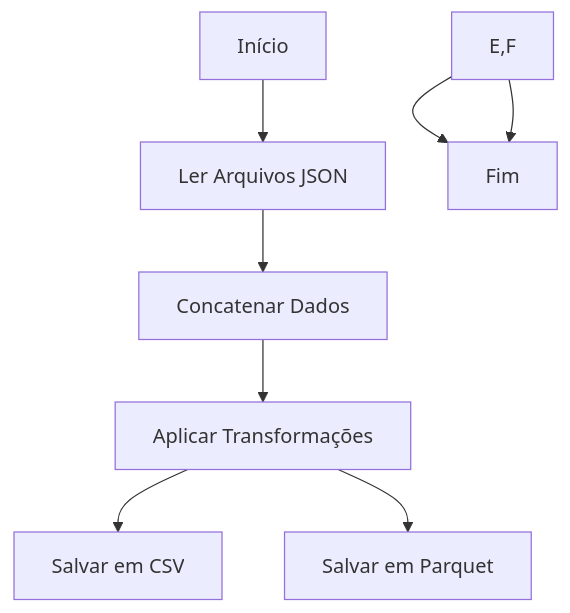
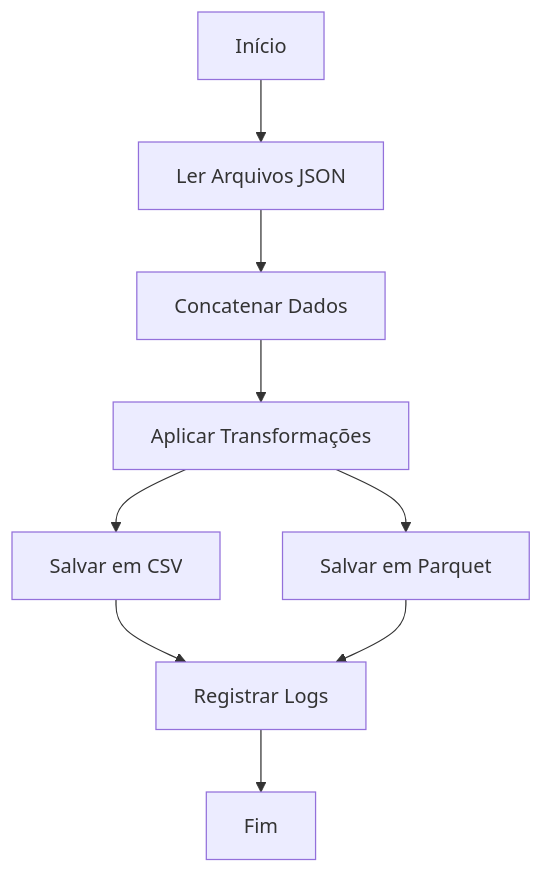
Before and after one commit to BrunoChiconato/bootcamp-python: the diagram in dia08/README.md, drawn with Mermaid.

Commit message:
Update
- Alteração na documentação.

````diff
--- a/dia08/README.md
+++ b/dia08/README.md
@@ -44,10 +44,11 @@
 ```mermaid
 graph TD;
     A[Início] --> B[Ler Arquivos JSON];
     B --> C[Concatenar Dados];
     C --> D[Aplicar Transformações];
-    D --> E[Salvar em CSV]
+    D --> E[Salvar em CSV];
     D --> F[Salvar em Parquet];
-    E,F --> G[Registrar Logs];
-    E,F --> G[Fim];
+    E --> G[Registrar Logs];
+    F --> G[Registrar Logs];
+    G --> H[Fim];
 ```
````
